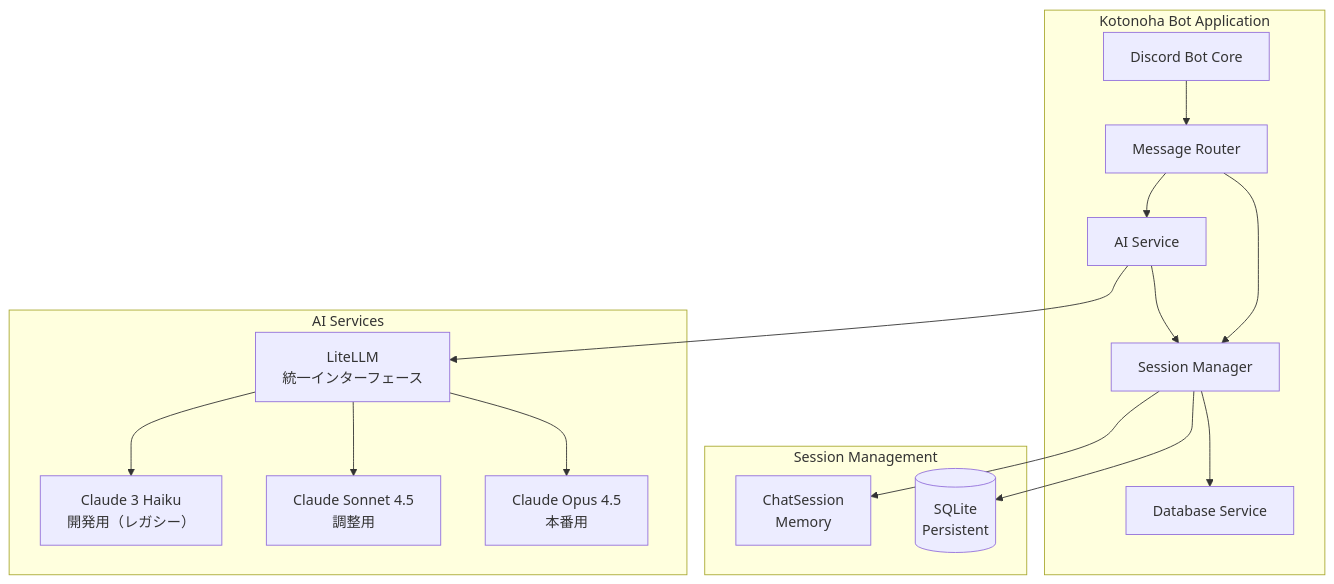
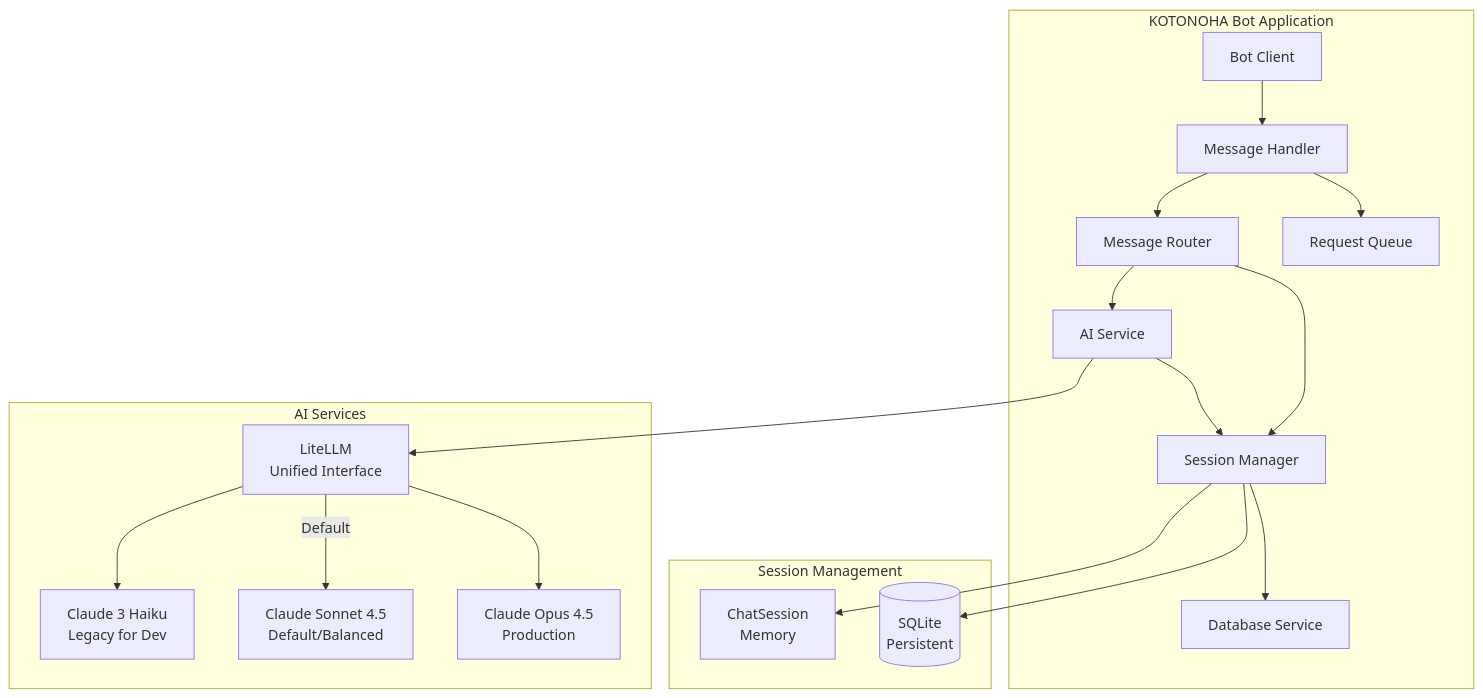
Before and after one commit to fluxrozin/kotonoha-bot: the second of 2 diagrams in docs/architecture/system-architecture.md, drawn with Mermaid. The commit also changed other lines of this file and 16 other files, not shown here.

````diff
--- a/docs/architecture/system-architecture.md
+++ b/docs/architecture/system-architecture.md
@@ -52,34 +54,38 @@
 ```mermaid
 graph TB
-    subgraph "Kotonoha Bot Application"
-        Bot[Discord Bot Core]
+    subgraph "KOTONOHA Bot Application"
+        Bot[Bot Client]
+        Handler[Message Handler]
         Router[Message Router]
         SessionMgr[Session Manager]
         AIService[AI Service]
         DBService[Database Service]
+        Queue[Request Queue]
 
-        Bot --> Router
+        Bot --> Handler
+        Handler --> Router
+        Handler --> Queue
         Router --> SessionMgr
         Router --> AIService
         SessionMgr --> DBService
         AIService --> SessionMgr
     end
 
     subgraph "Session Management"
         MemSession[ChatSession<br/>Memory]
         SQLiteDB[(SQLite<br/>Persistent)]
         SessionMgr --> MemSession
         SessionMgr --> SQLiteDB
     end
 
     subgraph "AI Services"
-        LiteLLM[LiteLLM<br/>統一インターフェース]
-        ClaudeHaiku[Claude 3 Haiku<br/>開発用（レガシー）]
-        ClaudeSonnet[Claude Sonnet 4.5<br/>調整用]
-        ClaudeOpus[Claude Opus 4.5<br/>本番用]
+        LiteLLM[LiteLLM<br/>Unified Interface]
+        ClaudeHaiku[Claude 3 Haiku<br/>Legacy for Dev]
+        ClaudeSonnet[Claude Sonnet 4.5<br/>Default/Balanced]
+        ClaudeOpus[Claude Opus 4.5<br/>Production]
         AIService --> LiteLLM
         LiteLLM --> ClaudeHaiku
-        LiteLLM --> ClaudeSonnet
+        LiteLLM -->|Default| ClaudeSonnet
         LiteLLM --> ClaudeOpus
     end
 ```
````
